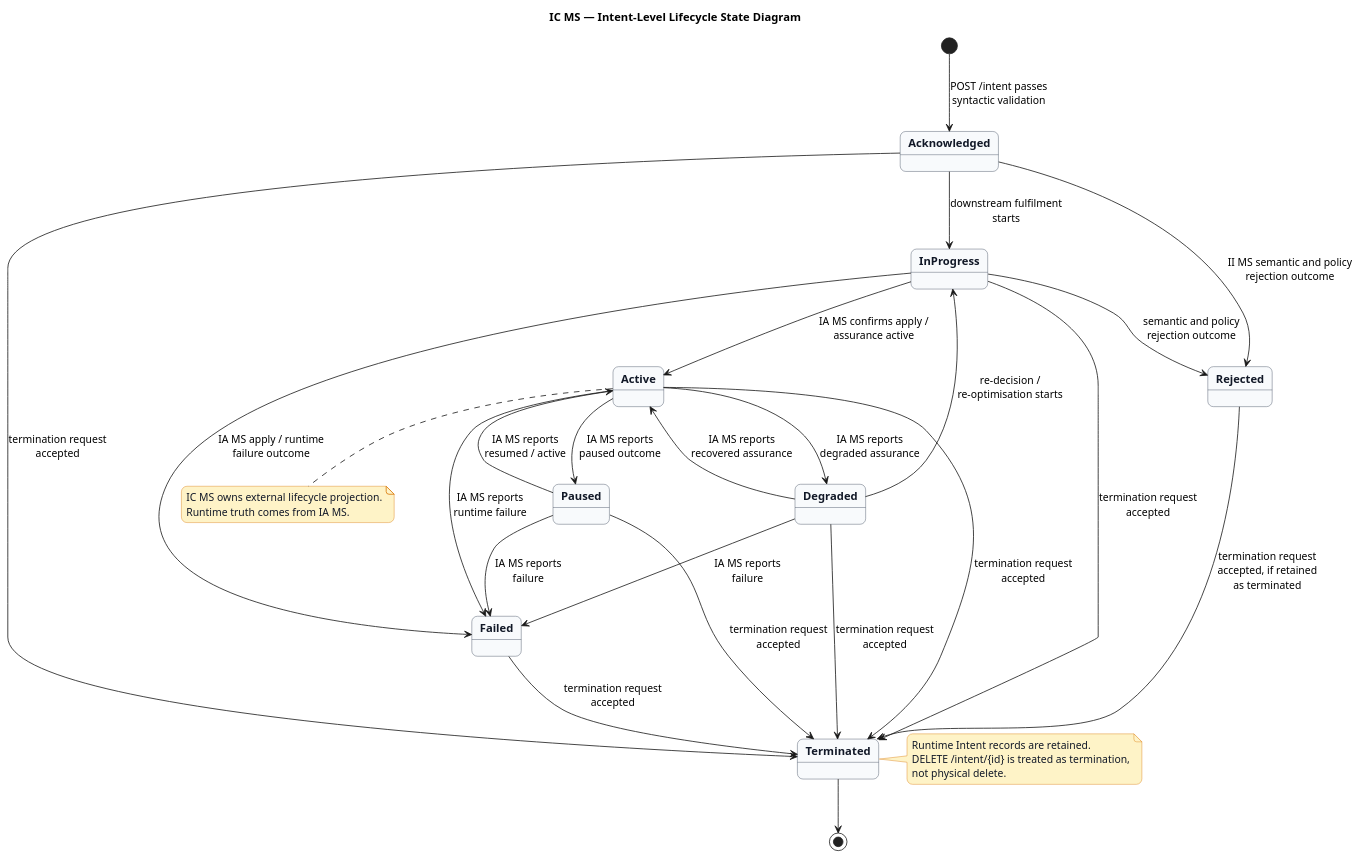
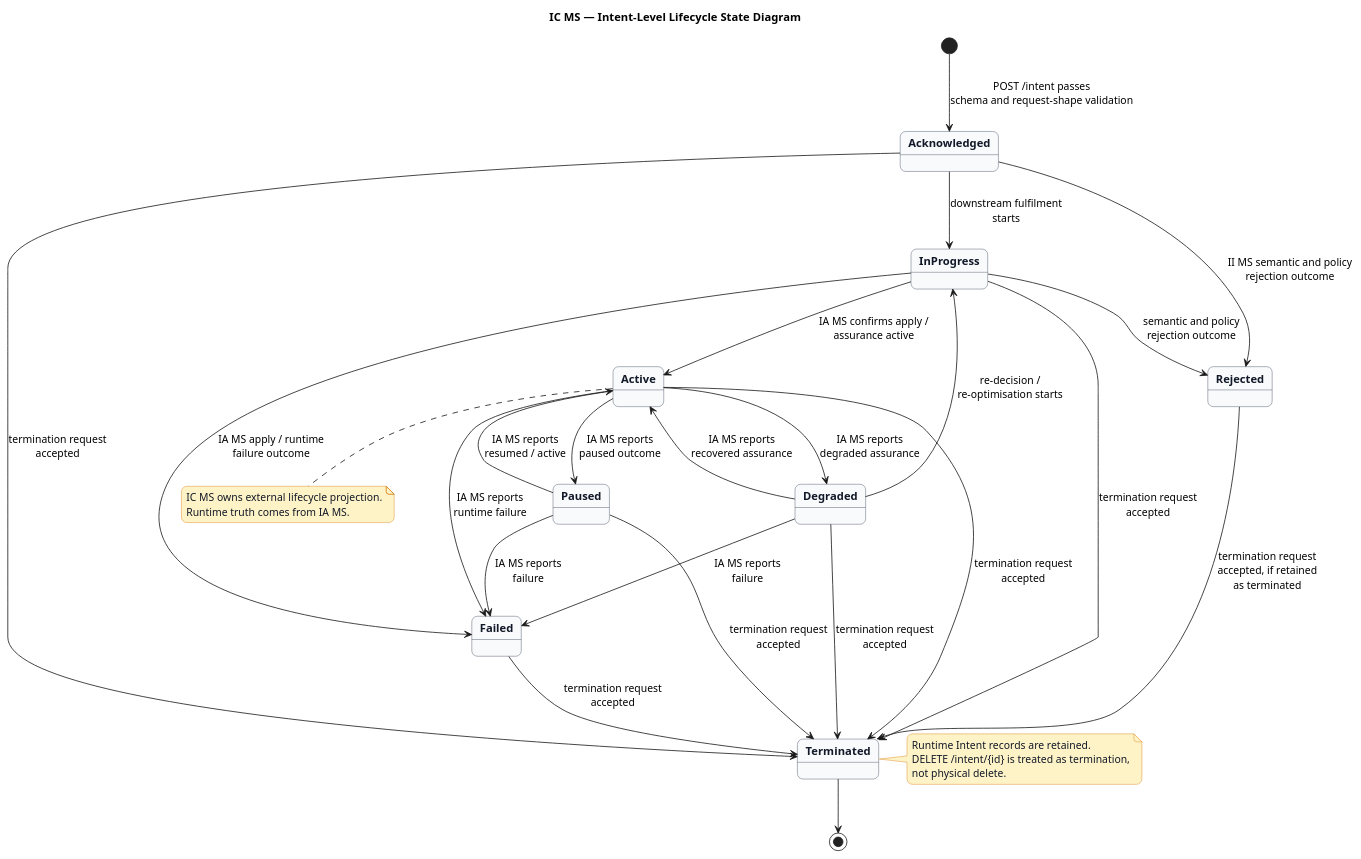
The first of 2 diagrams in baseline/intent/ic-ms/ic_ms_design_brief.md (prageethw/im), drawn with PlantUML before and after one commit. The commit also changed other lines of this file and 4 other files, not shown here.

````diff
--- a/baseline/intent/ic-ms/ic_ms_design_brief.md
+++ b/baseline/intent/ic-ms/ic_ms_design_brief.md
@@ -710,54 +710,54 @@
 ```plantuml
 @startuml
 title IC MS — Intent-Level Lifecycle State Diagram
 
 skinparam backgroundColor #FFFFFF
 skinparam shadowing false
 skinparam roundcorner 14
 skinparam state {
   BackgroundColor #F8FAFC
   BorderColor #334155
   FontColor #111827
   FontStyle bold
 }
 skinparam note {
   BackgroundColor #FEF3C7
   BorderColor #D97706
   FontColor #111827
 }
 
-[*] --> Acknowledged : POST /intent passes\nsyntactic validation
+[*] --> Acknowledged : POST /intent passes\nschema and request-shape validation
 Acknowledged --> Rejected : II MS semantic and policy\nrejection outcome
 Acknowledged --> InProgress : downstream fulfilment\nstarts
 InProgress --> Rejected : semantic and policy\nrejection outcome
 InProgress --> Active : IA MS confirms apply /\nassurance active
 InProgress --> Failed : IA MS apply / runtime\nfailure outcome
 Active --> Degraded : IA MS reports\ndegraded assurance
 Degraded --> Active : IA MS reports\nrecovered assurance
 Degraded --> InProgress : re-decision /\nre-optimisation starts
 Active --> Paused : IA MS reports\npaused outcome
 Paused --> Active : IA MS reports\nresumed / active
 Paused --> Failed : IA MS reports\nfailure
 Active --> Failed : IA MS reports\nruntime failure
 Degraded --> Failed : IA MS reports\nfailure
 Acknowledged --> Terminated : termination request\naccepted
 InProgress --> Terminated : termination request\naccepted
 Active --> Terminated : termination request\naccepted
 Degraded --> Terminated : termination request\naccepted
 Paused --> Terminated : termination request\naccepted
 Failed --> Terminated : termination request\naccepted
 Rejected --> Terminated : termination request\naccepted, if retained\nas terminated
 Terminated --> [*]
 
 note right of Terminated
 Runtime Intent records are retained.
 DELETE /intent/{id} is treated as termination,
 not physical delete.
 end note
 
 note bottom of Active
 IC MS owns external lifecycle projection.
 Runtime truth comes from IA MS.
 end note
 @enduml
 ```
````
